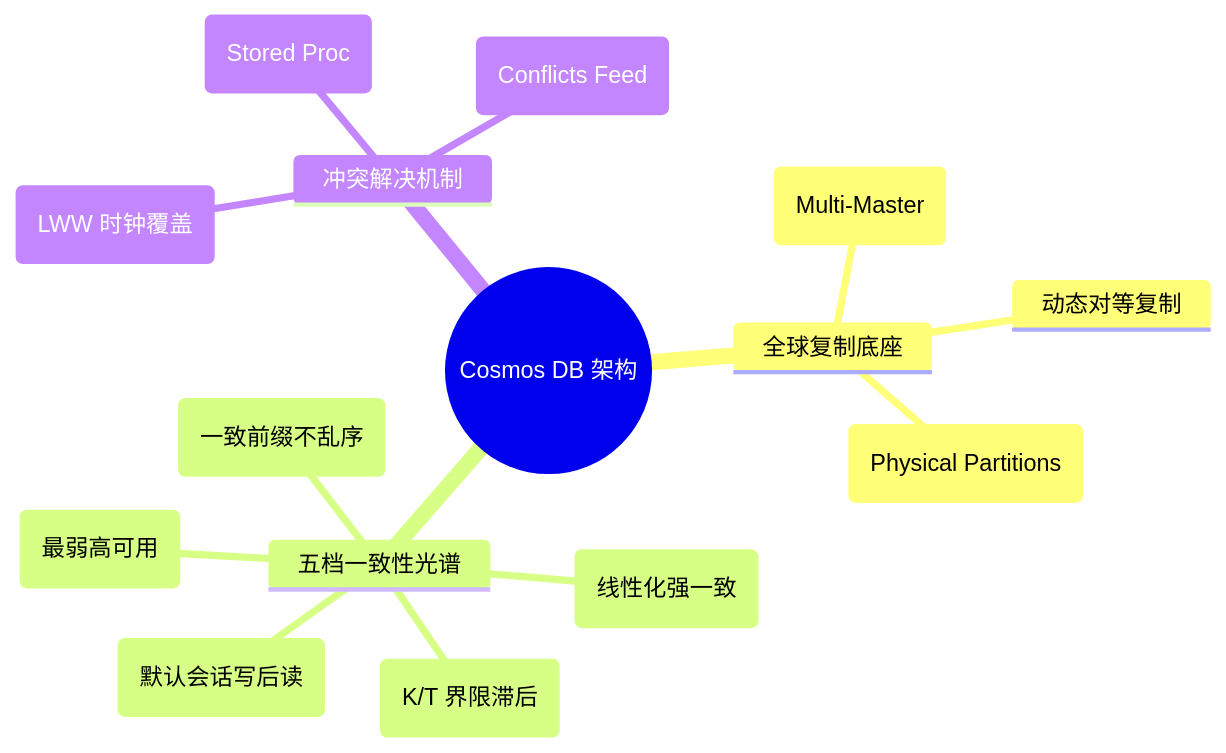
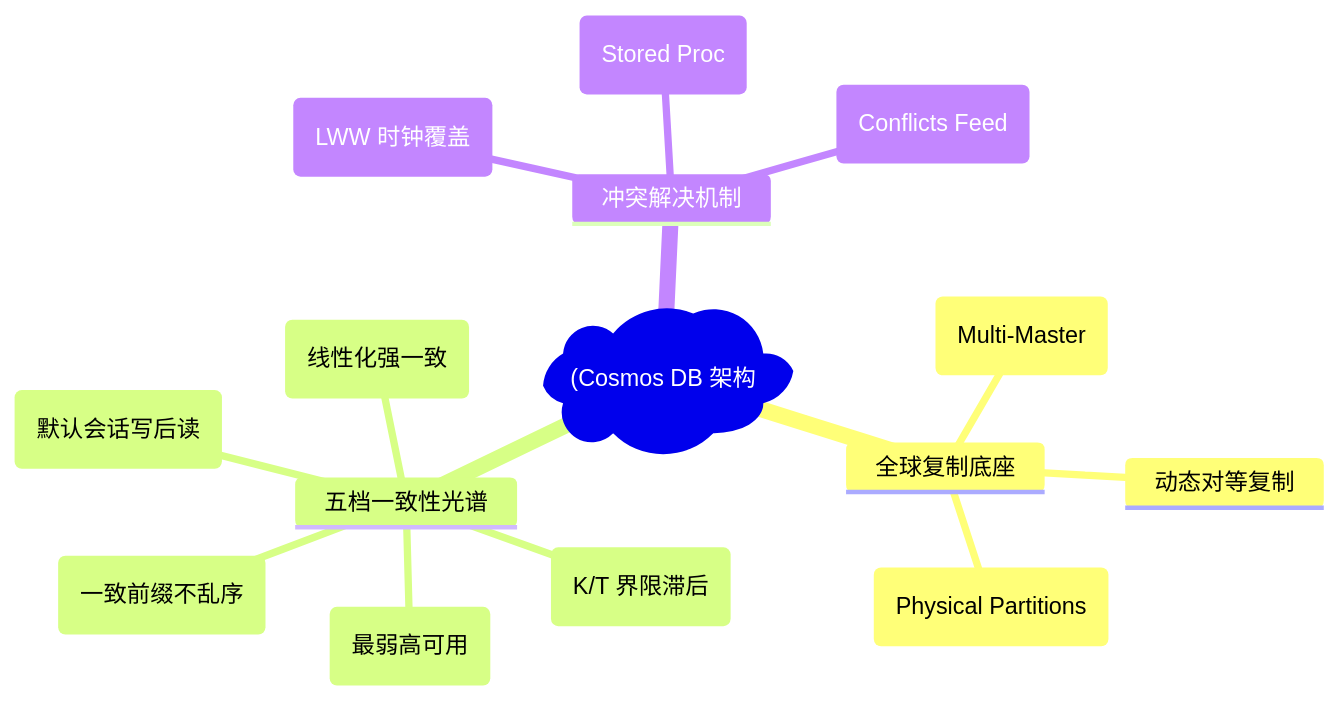
One commit to koosai/AI-Architect-Learning changed the second of 7 diagrams in docs/atlas/cosmosdb.mdx. Above: the diagram before and after it, drawn with Mermaid. The commit also changed other lines of this file and 187 other files, not shown here.

Commit message:
fix(mermaid): fix all unquoted parens and edge label syntax errors across all docs

````diff
--- a/docs/atlas/cosmosdb.mdx
+++ b/docs/atlas/cosmosdb.mdx
@@ -78,18 +78,18 @@
 ```mermaid
 mindmap
-  root((Cosmos DB 架构))
+  root("(Cosmos DB 架构"))
     全球复制底座
       多主并发写入 (Multi-Master)
       动态对等复制
       分区物理拆分 (Physical Partitions)
     五档一致性光谱
       Strong (线性化强一致)
       Bounded Staleness (K/T 界限滞后)
       Session (默认会话写后读)
       Consistent Prefix (一致前缀不乱序)
       Eventual (最弱高可用)
     冲突解决机制
       Last-Write-Wins (LWW 时钟覆盖)
       自定义存储过程合并 (Stored Proc)
       冲突挂起队列 (Conflicts Feed)
 ```
````
